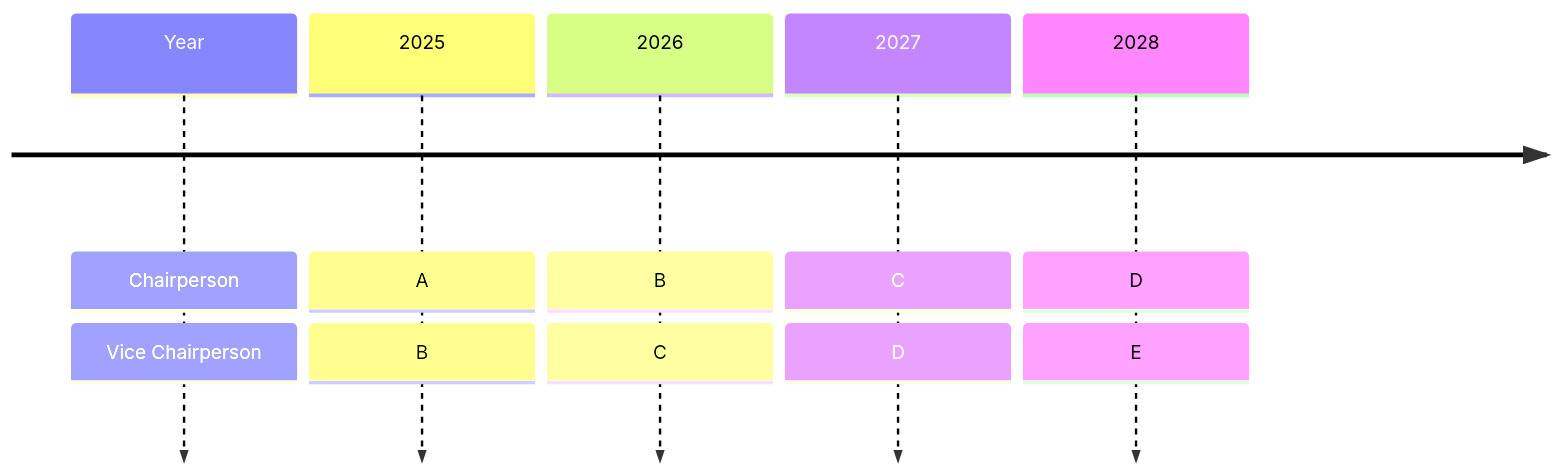
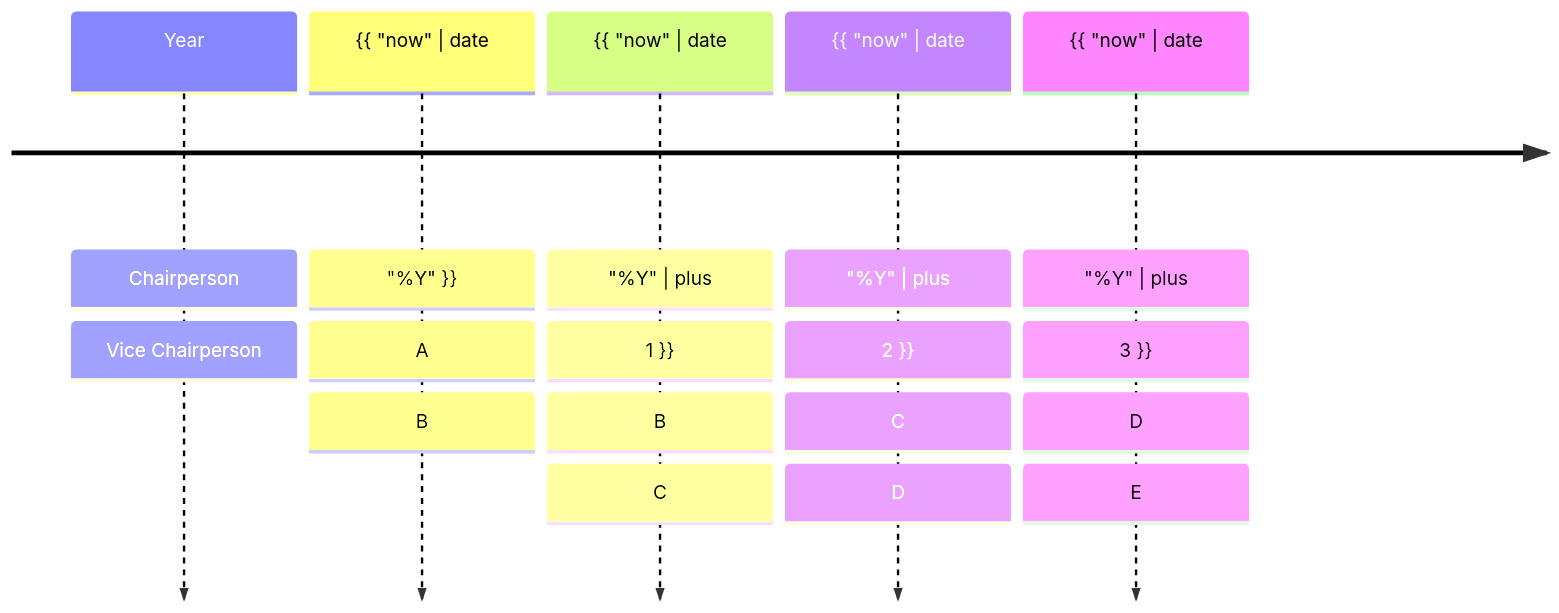
The diagram in process/tac_roles.md (lf-energy/tac), drawn with Mermaid before and after one commit. The commit also changed other lines of this file and 5 other files, not shown here.

````diff
--- a/process/tac_roles.md
+++ b/process/tac_roles.md
@@ -25,8 +25,8 @@
 ```mermaid
 timeline
   Year : Chairperson : Vice Chairperson
-  2025 : A : B
-  2026 : B : C
-  2027 : C : D
-  2028 : D : E
+  {{ "now" | date: "%Y" }} : A : B
+  {{ "now" | date: "%Y" | plus: 1 }} : B : C
+  {{ "now" | date: "%Y" | plus: 2 }} : C : D
+  {{ "now" | date: "%Y" | plus: 3 }} : D : E
 ```
````
